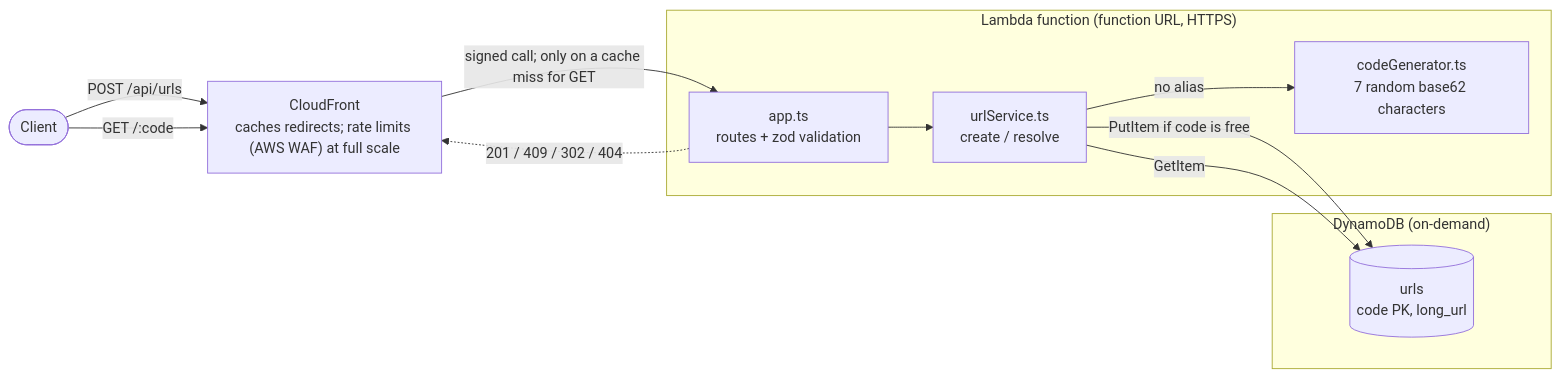
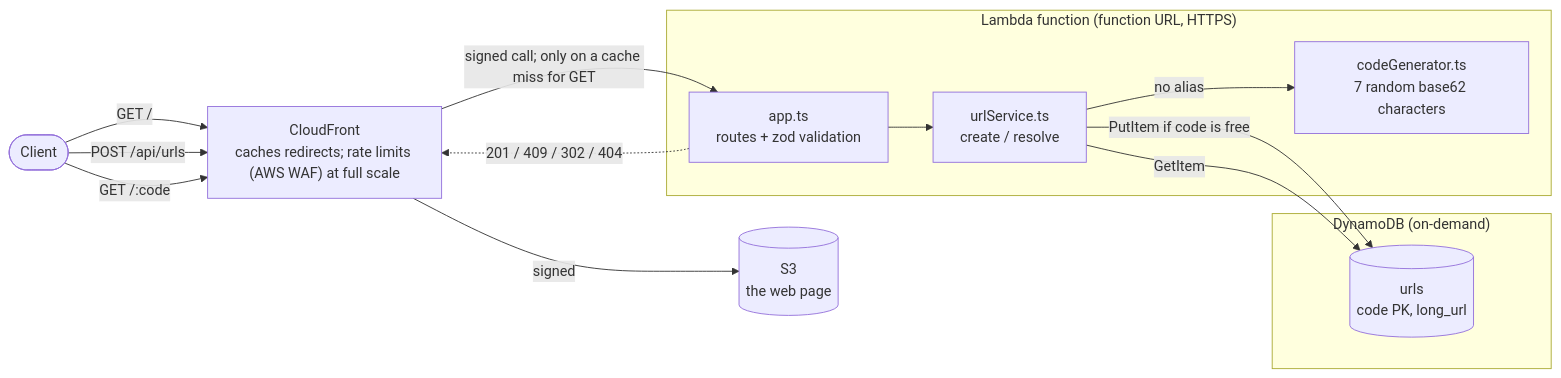
One commit to curiousdirection/url-shortener changed the diagram in README.md. Above: the diagram before and after it, drawn with Mermaid. The commit also changed other lines of this file and 3 other files, not shown here.

First line of the commit message:
Document the web page and its hosting

````diff
--- a/README.md
+++ b/README.md
@@ -7,25 +7,28 @@
 ```mermaid
 flowchart LR
     client([Client])
     cdn["CloudFront<br/>caches redirects; rate limits (AWS WAF) at full scale"]
+    web[("S3<br/>the web page")]
 
     subgraph lambda["Lambda function (function URL, HTTPS)"]
         routes["app.ts<br/>routes + zod validation"]
         service["urlService.ts<br/>create / resolve"]
         gen["codeGenerator.ts<br/>7 random base62 characters"]
         routes --> service
         service -->|"no alias"| gen
     end
 
     subgraph ddb["DynamoDB (on-demand)"]
         urls[("urls<br/>code PK, long_url")]
     end
 
+    client -->|"GET /"| cdn
+    cdn -->|"signed"| web
     client -->|"POST /api/urls"| cdn
     client -->|"GET /:code"| cdn
     cdn -->|"signed call; only on a cache miss for GET"| routes
     routes -.->|"201 / 409 / 302 / 404"| cdn
 
     service -->|"PutItem if code is free"| urls
     service -->|"GetItem"| urls
 ```
````
